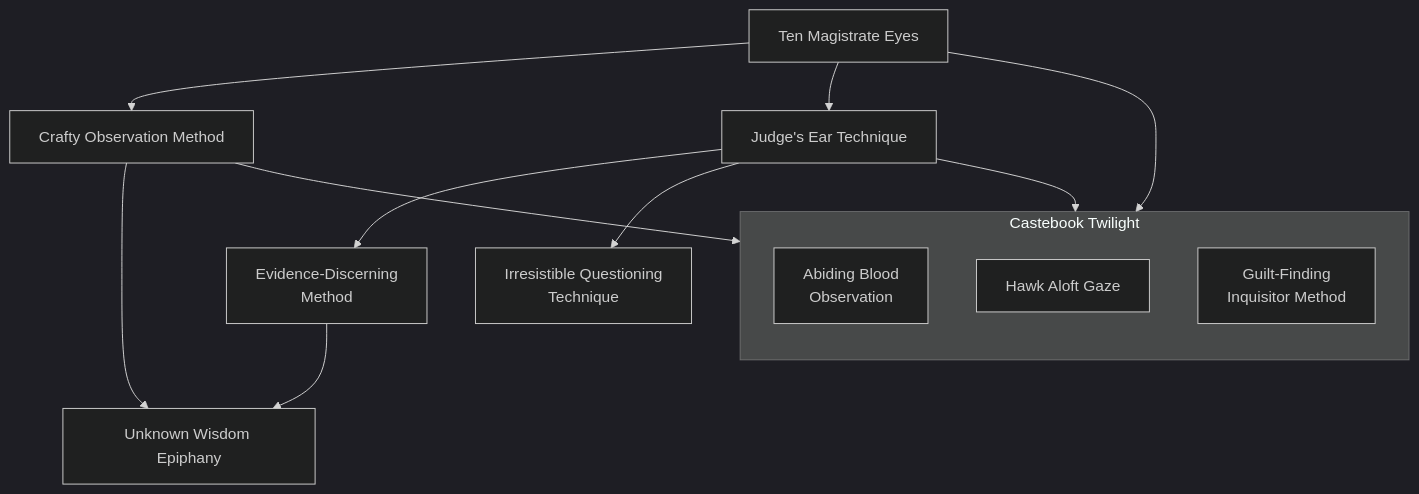
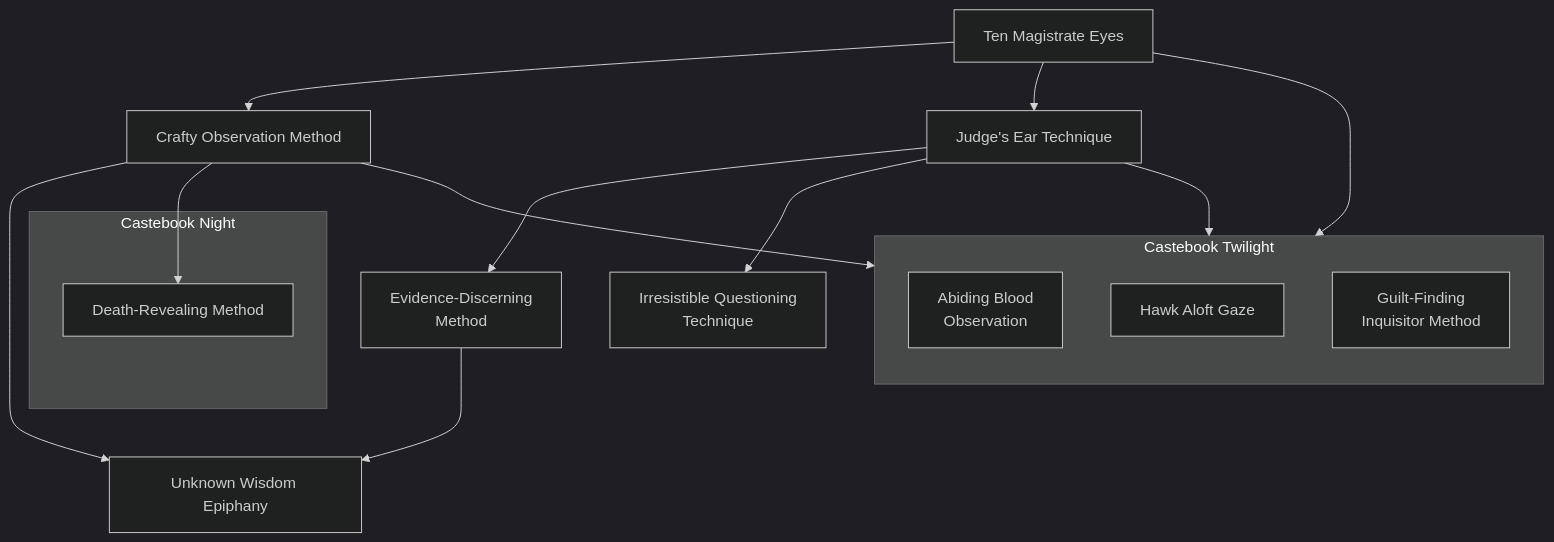
Before and after one commit to jrobichaud/exalted-charms-1e: the diagram in docs/mermaid/solar/twilight_investigation.mmd, drawn with Mermaid. The commit also changed 10 other files, not shown here.

Commit message:
castebook night

```diff
--- a/docs/mermaid/solar/twilight_investigation.mmd
+++ b/docs/mermaid/solar/twilight_investigation.mmd
@@ -259,3 +259,27 @@
     ten_magistrate_eyes --> abiding_blood_observation
     crafty_observation_method --> hawk_aloft_gaze
     judges_ear_technique --> guilt_finding_inquisitor_method
+
+    subgraph Castebook Night
+        death_revealing_method[Death-Revealing Method]
+        click death_revealing_method callback "
+            Death-Revealing Method<br>
+            <br>
+            Cost: 3 motes<br>
+            Duration: Instant<br>
+            Type: Simple<br>
+            Minimum Investigation: 4<br>
+            Minimum Essence: 2<br>
+            Prerequisite Charms: Crafty Observation Method<br>
+            <br>
+            By touching a weapon, the character can instantly
+            determine the appearance of the person who was killed by
+            it last and the appearance of the person who wielded it
+            then. Similarly, if used on a corpse or even a fragment of
+            bone or hair, the character can get an image of the person
+            while she was alive and will know both her name and
+            exactly how she died.
+        "
+    end
+
+    crafty_observation_method --> death_revealing_method
```
